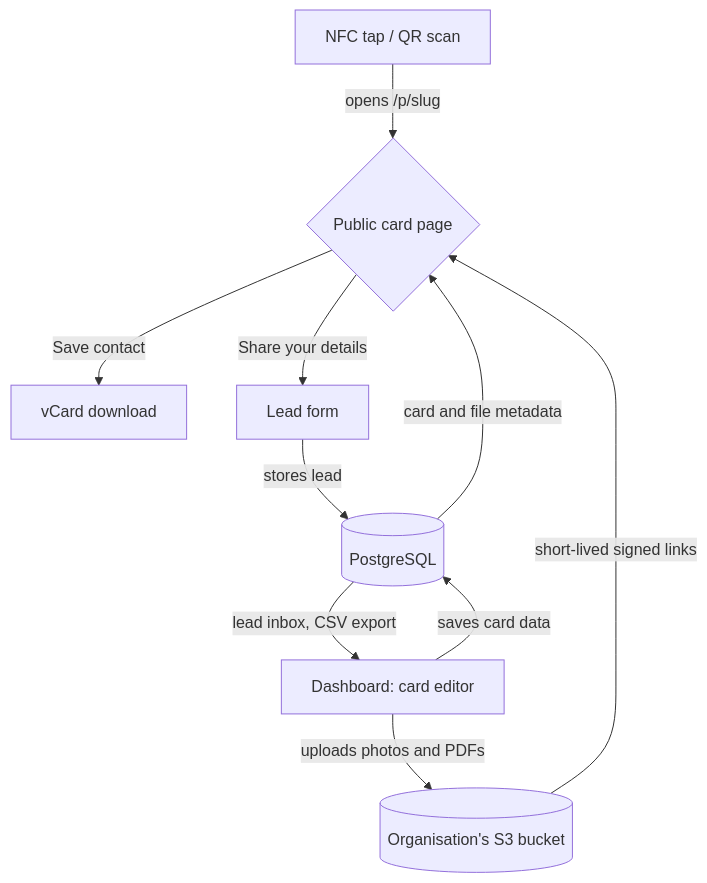
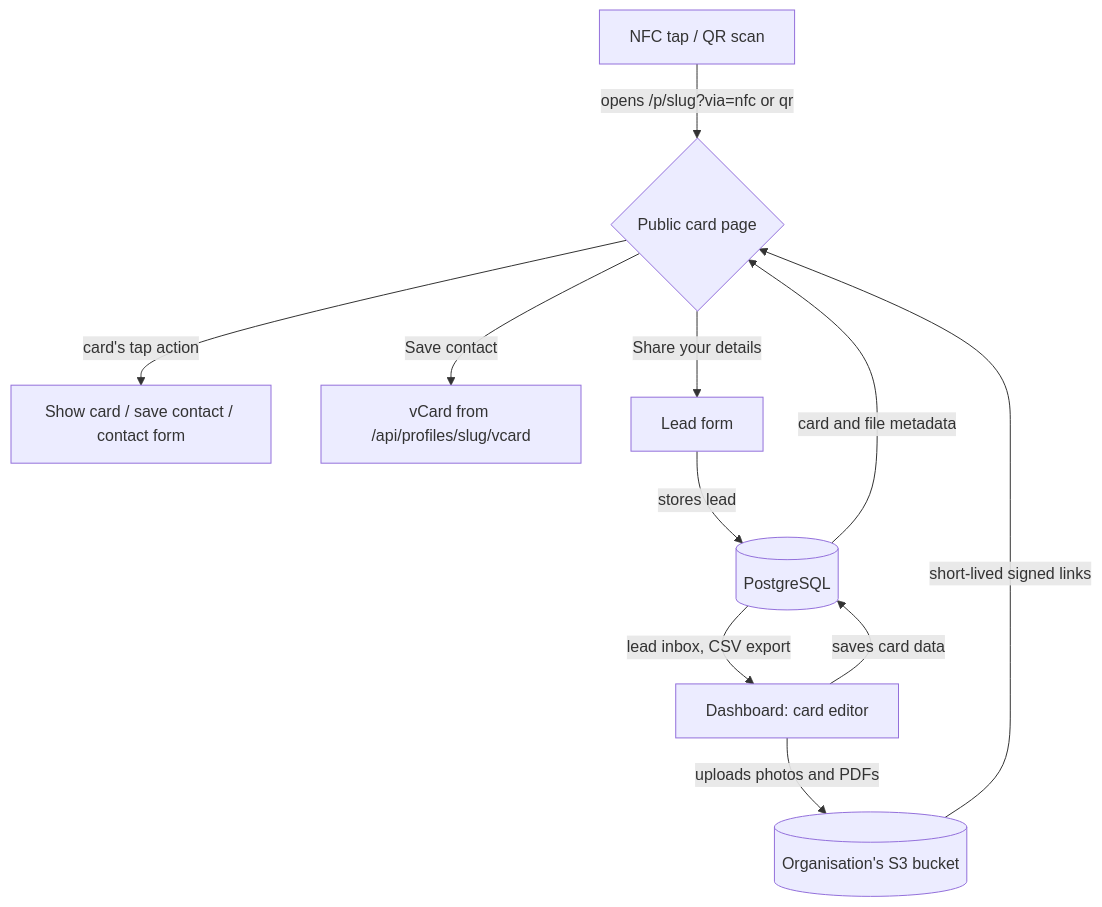
The diagram in README.md (faiz-gh/fronko), drawn with Mermaid before and after one commit. The commit also changed other lines of this file and 28 other files, not shown here.

Commit message:
Full UI overhaul in profile update form. Added profile templates, card actions can now be better tracked.

````diff
--- a/README.md
+++ b/README.md
@@ -82,12 +84,13 @@
 ```mermaid
 graph TD
-    A[NFC tap / QR scan] -->|opens /p/slug| C{Public card page}
+    A[NFC tap / QR scan] -->|opens /p/slug?via=nfc or qr| C{Public card page}
+    C -->|card's tap action| T[Show card / save contact / contact form]
     E[Dashboard: card editor] -->|saves card data| D[(PostgreSQL)]
     E -->|uploads photos and PDFs| S[(Organisation's S3 bucket)]
     D -->|card and file metadata| C
     S -->|short-lived signed links| C
-    C -->|Save contact| F[vCard download]
+    C -->|Save contact| F[vCard from /api/profiles/slug/vcard]
     C -->|Share your details| G[Lead form]
     G -->|stores lead| D
     D -->|lead inbox, CSV export| E
 ```
````
